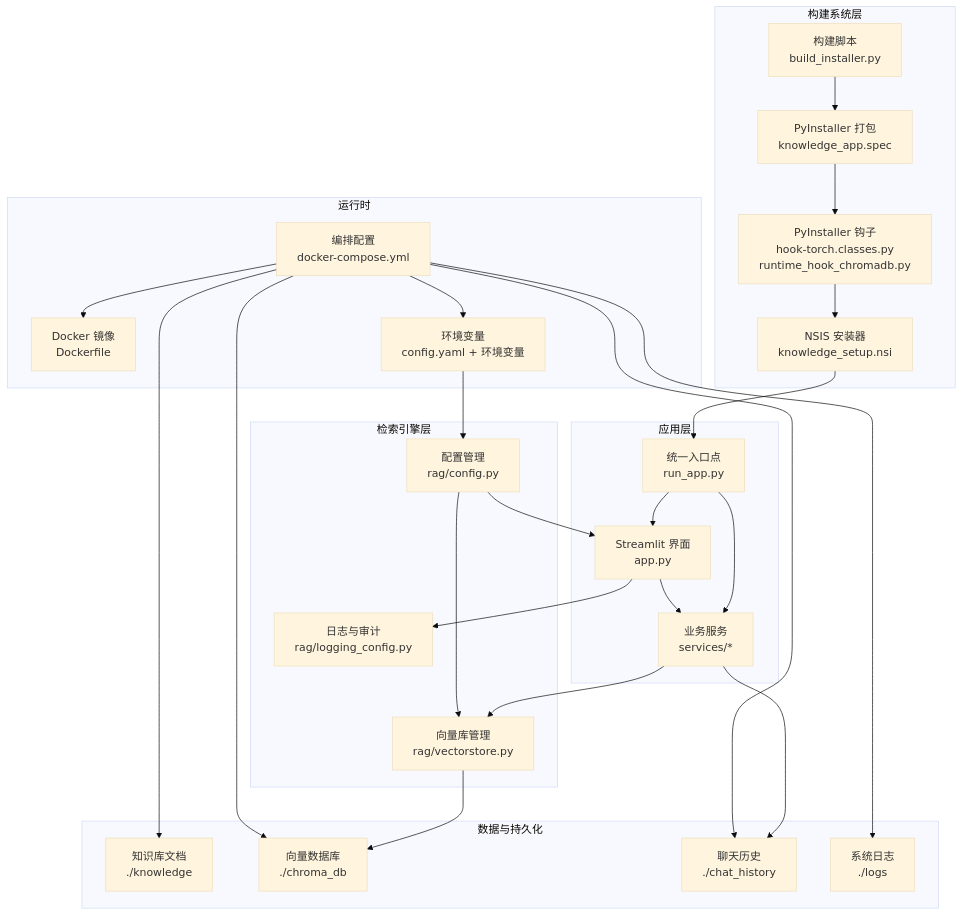
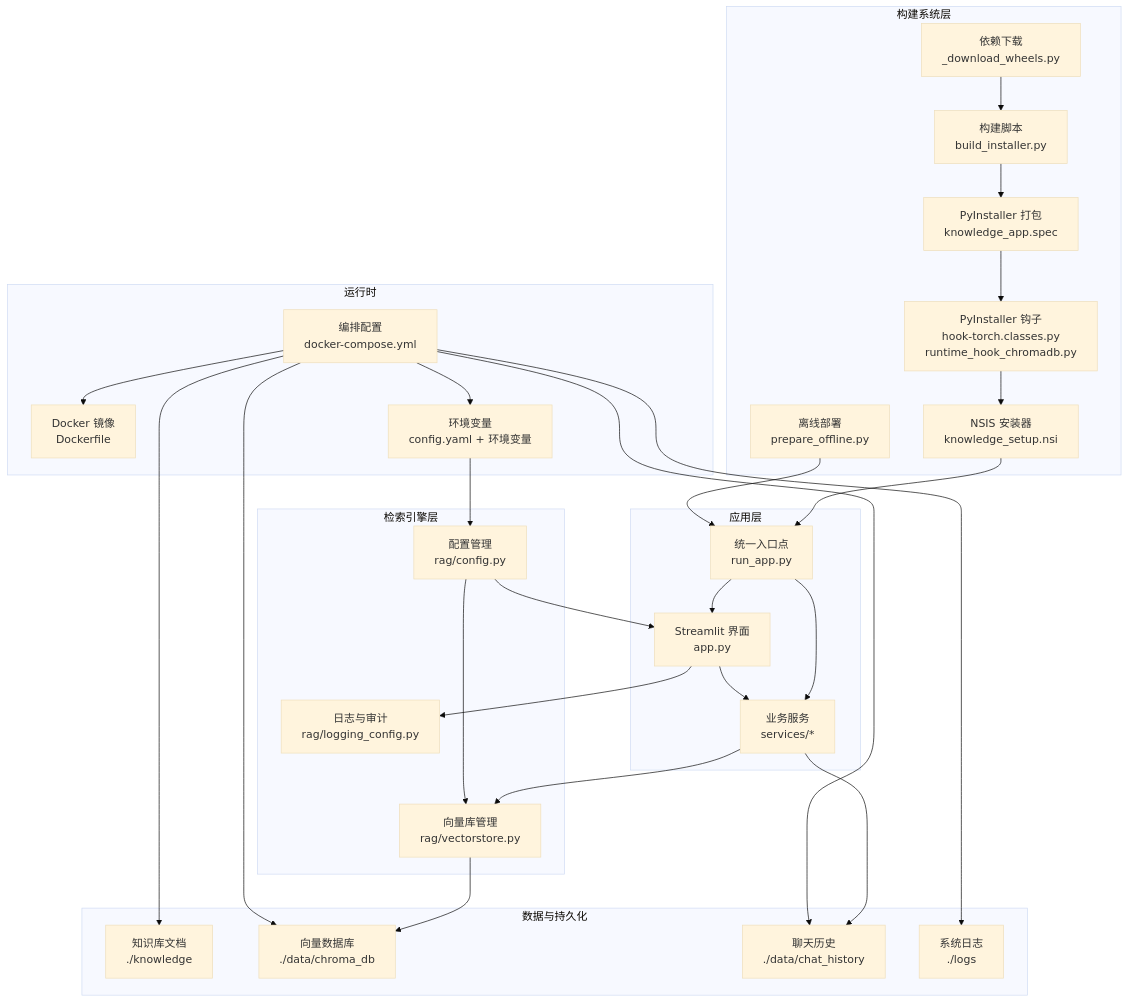
One commit to joyafa/knowledge changed the first of 6 diagrams in .qoder/repowiki/zh/content/部署与运维/部署与运维.md. Above: the diagram before and after it, drawn with Mermaid (base theme). The commit also changed other lines of this file and 12 other files, not shown here.

````diff
--- a/.qoder/repowiki/zh/content/部署与运维/部署与运维.md
+++ b/.qoder/repowiki/zh/content/部署与运维/部署与运维.md
@@ -71,50 +75,54 @@
 ```mermaid
 graph TB
 subgraph "应用层"
 UI["Streamlit 界面<br/>app.py"]
 Services["业务服务<br/>services/*"]
 RunApp["统一入口点<br/>run_app.py"]
 end
 subgraph "构建系统层"
 PyInstaller["PyInstaller 打包<br/>knowledge_app.spec"]
 Hooks["PyInstaller 钩子<br/>hook-torch.classes.py<br/>runtime_hook_chromadb.py"]
 NSIS["NSIS 安装器<br/>knowledge_setup.nsi"]
 Build["构建脚本<br/>build_installer.py"]
+Offline["离线部署<br/>prepare_offline.py"]
+Wheels["依赖下载<br/>_download_wheels.py"]
 end
 subgraph "检索引擎层"
 RAGCfg["配置管理<br/>rag/config.py"]
 RAGLog["日志与审计<br/>rag/logging_config.py"]
 VS["向量库管理<br/>rag/vectorstore.py"]
 end
 subgraph "数据与持久化"
 Docs["知识库文档<br/>./knowledge"]
-VDB["向量数据库<br/>./chroma_db"]
-Hist["聊天历史<br/>./chat_history"]
+VDB["向量数据库<br/>./data/chroma_db"]
+Hist["聊天历史<br/>./data/chat_history"]
 Logs["系统日志<br/>./logs"]
 end
 subgraph "运行时"
 Docker["Docker 镜像<br/>Dockerfile"]
 Compose["编排配置<br/>docker-compose.yml"]
 Env["环境变量<br/>config.yaml + 环境变量"]
 end
 RunApp --> UI
 RunApp --> Services
 UI --> Services
 Services --> VS
 VS --> VDB
 Services --> Hist
 UI --> RAGLog
 RAGCfg --> UI
 RAGCfg --> VS
 Env --> RAGCfg
 Build --> PyInstaller
 PyInstaller --> Hooks
 Hooks --> NSIS
 NSIS --> RunApp
 Compose --> Docker
 Compose --> Env
 Compose --> Docs
 Compose --> VDB
 Compose --> Hist
 Compose --> Logs
+Offline --> RunApp
+Wheels --> Build
 ```
````
